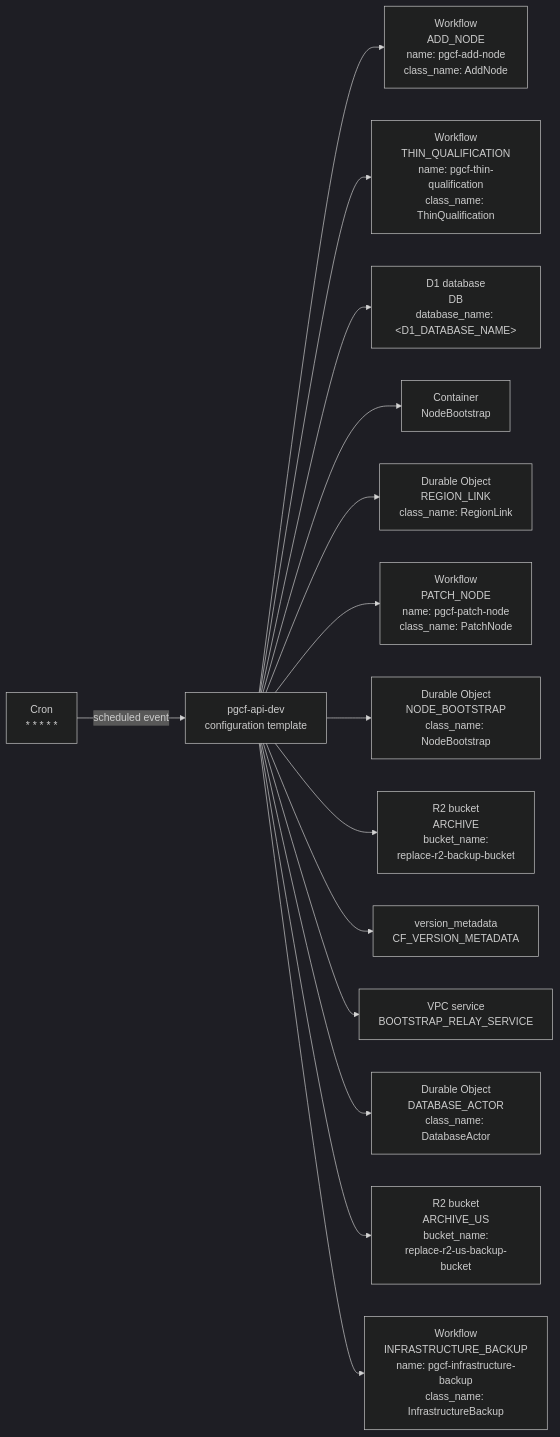
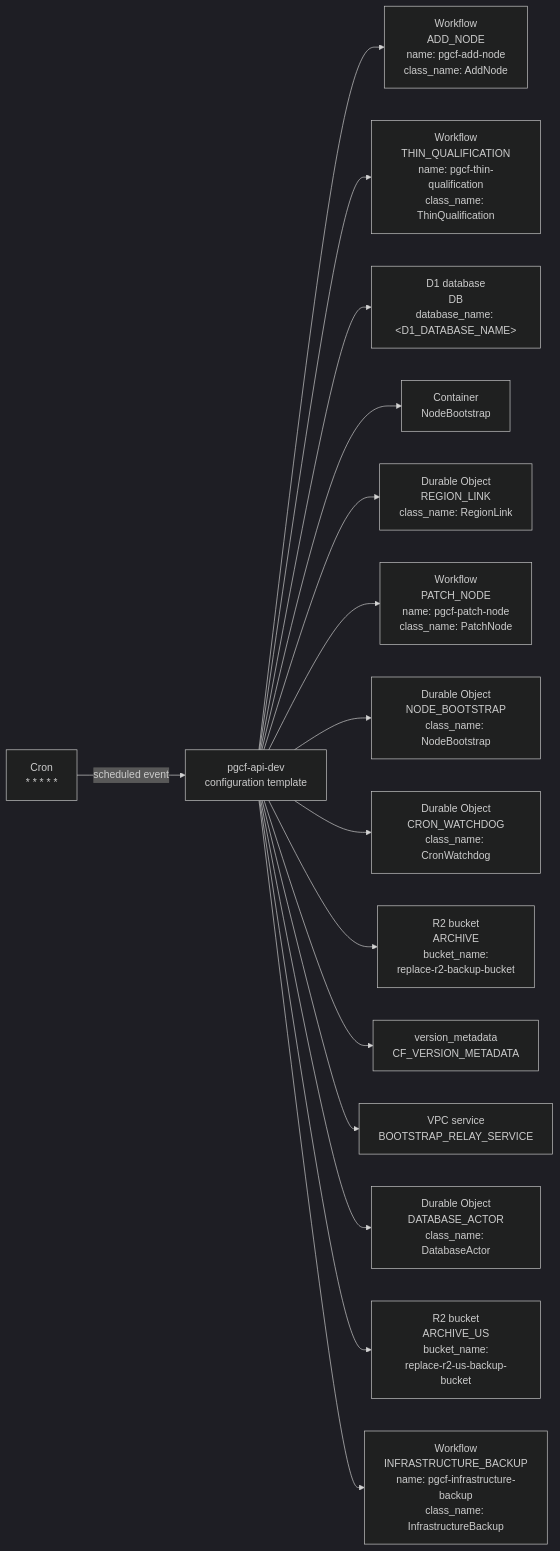
Before and after one commit to amerged-org/cloudflare-postgres: the diagram in docs/architecture/mermaider/api-resources.mmd, drawn with Mermaid (dark theme). The commit also changed 1 other file, not shown here.

Commit message:
chore: refresh the Mermaider evidence after the alert and cron watchdog changes
The API resource diagram gains the CronWatchdog Durable Object and the data model lists
migration 0052.

```diff
--- a/docs/architecture/mermaider/api-resources.mmd
+++ b/docs/architecture/mermaider/api-resources.mmd
@@ -1,30 +1,32 @@
 flowchart LR
+    n_1d7911e4e1b9["Durable Object<br/>CRON_WATCHDOG<br/>class_name: CronWatchdog"]
     n_839713e89618["Cron<br/>* * * * *"]
     n_f305dbc12c79["D1 database<br/>DB<br/>database_name: #60;D1_DATABASE_NAME#62;"]
     n_aa93ed8be291["Workflow<br/>THIN_QUALIFICATION<br/>name: pgcf-thin-qualification<br/>class_name: ThinQualification"]
     n_049ba2d64372["Workflow<br/>PATCH_NODE<br/>name: pgcf-patch-node<br/>class_name: PatchNode"]
     n_36ffcdc5f79f["Workflow<br/>INFRASTRUCTURE_BACKUP<br/>name: pgcf-infrastructure-backup<br/>class_name: InfrastructureBackup"]
     n_85c654928d8c["version_metadata<br/>CF_VERSION_METADATA"]
     n_0775d02dbb64["Workflow<br/>ADD_NODE<br/>name: pgcf-add-node<br/>class_name: AddNode"]
     n_71083a5197e9["R2 bucket<br/>ARCHIVE<br/>bucket_name:<br/>replace-r2-backup-bucket"]
     n_12eaf448c6b2["R2 bucket<br/>ARCHIVE_US<br/>bucket_name:<br/>replace-r2-us-backup-bucket"]
     n_056b63fe76be["Durable Object<br/>DATABASE_ACTOR<br/>class_name: DatabaseActor"]
     n_926733166afd["VPC service<br/>BOOTSTRAP_RELAY_SERVICE"]
     n_c09d9079b0a9["Container<br/>NodeBootstrap"]
     n_d0efe52f1f47["Durable Object<br/>NODE_BOOTSTRAP<br/>class_name: NodeBootstrap"]
     n_7a30182df25a["pgcf-api-dev<br/>configuration template"]
     n_260ca5b8b289["Durable Object<br/>REGION_LINK<br/>class_name: RegionLink"]
     n_7a30182df25a --> n_0775d02dbb64
     n_7a30182df25a --> n_aa93ed8be291
     n_7a30182df25a --> n_f305dbc12c79
     n_7a30182df25a --> n_c09d9079b0a9
     n_7a30182df25a --> n_260ca5b8b289
     n_839713e89618 -->|"scheduled event"| n_7a30182df25a
     n_7a30182df25a --> n_049ba2d64372
     n_7a30182df25a --> n_d0efe52f1f47
+    n_7a30182df25a --> n_1d7911e4e1b9
     n_7a30182df25a --> n_71083a5197e9
     n_7a30182df25a --> n_85c654928d8c
     n_7a30182df25a --> n_926733166afd
     n_7a30182df25a --> n_056b63fe76be
     n_7a30182df25a --> n_12eaf448c6b2
     n_7a30182df25a --> n_36ffcdc5f79f
```
